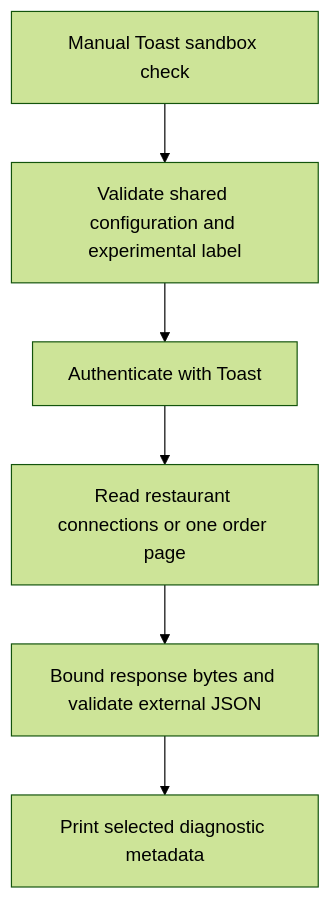
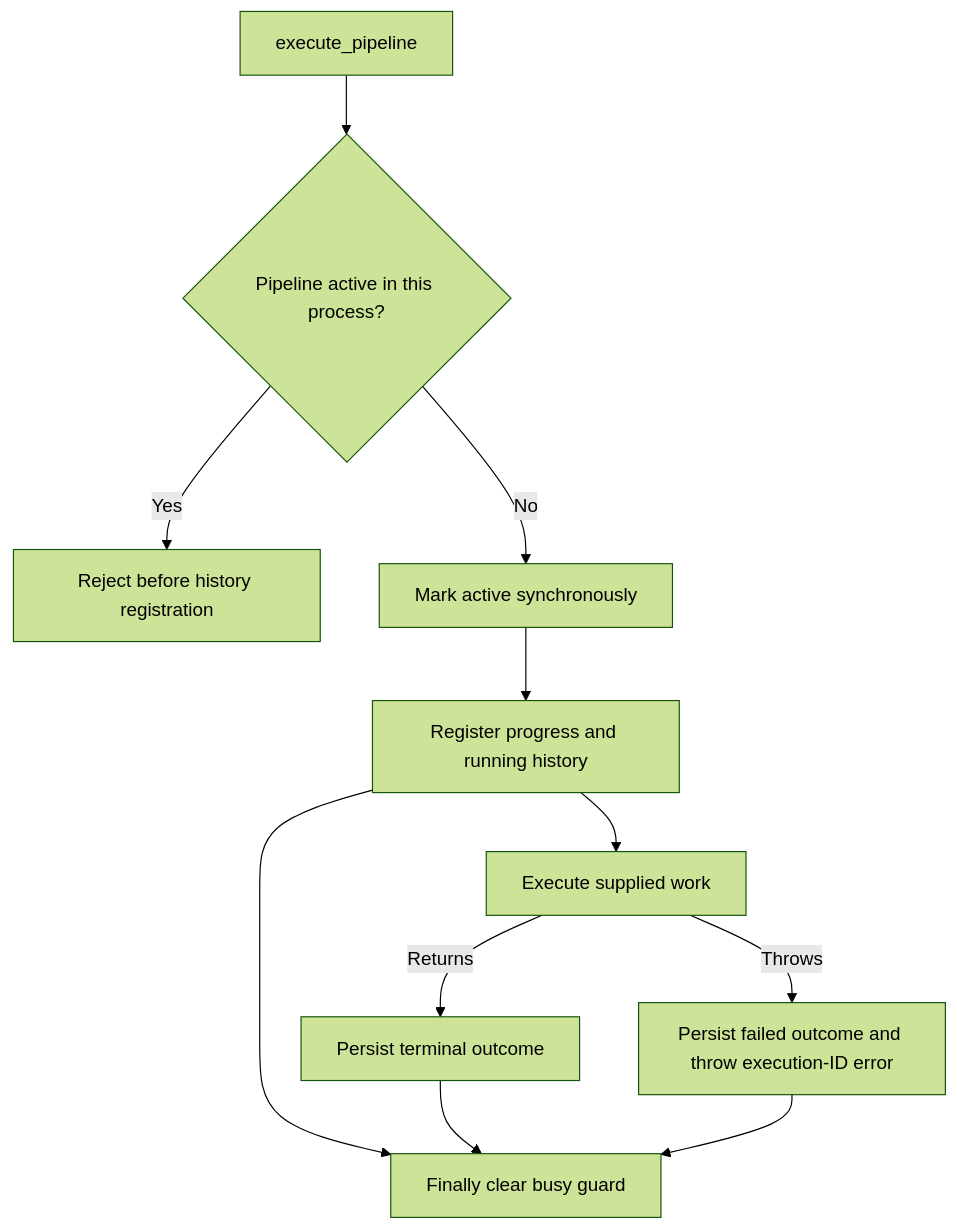
One commit to Shralp-Tamarack/data-pipeline-system-v2 changed the first of 3 diagrams in documentation/data-flow.md. Above: the diagram before and after it, drawn with Mermaid (forest theme). The commit also changed other lines of this file and 42 other files, not shown here.

````diff
--- a/documentation/data-flow.md
+++ b/documentation/data-flow.md
@@ -7,8 +15,13 @@
 ```mermaid
 flowchart TD
-    A[Manual Toast sandbox check] --> B[Validate shared configuration and experimental label]
-    B --> C[Authenticate with Toast]
-    C --> D[Read restaurant connections or one order page]
-    D --> E[Bound response bytes and validate external JSON]
-    E --> F[Print selected diagnostic metadata]
+    A[execute_pipeline] --> B{Pipeline active in this process?}
+    B -->|Yes| R[Reject before history registration]
+    B -->|No| C[Mark active synchronously]
+    C --> D[Register progress and running history]
+    D --> E[Execute supplied work]
+    E -->|Returns| F[Persist terminal outcome]
+    E -->|Throws| G[Persist failed outcome and throw execution-ID error]
+    D --> H[Finally clear busy guard]
+    F --> H
+    G --> H
 ```
````
